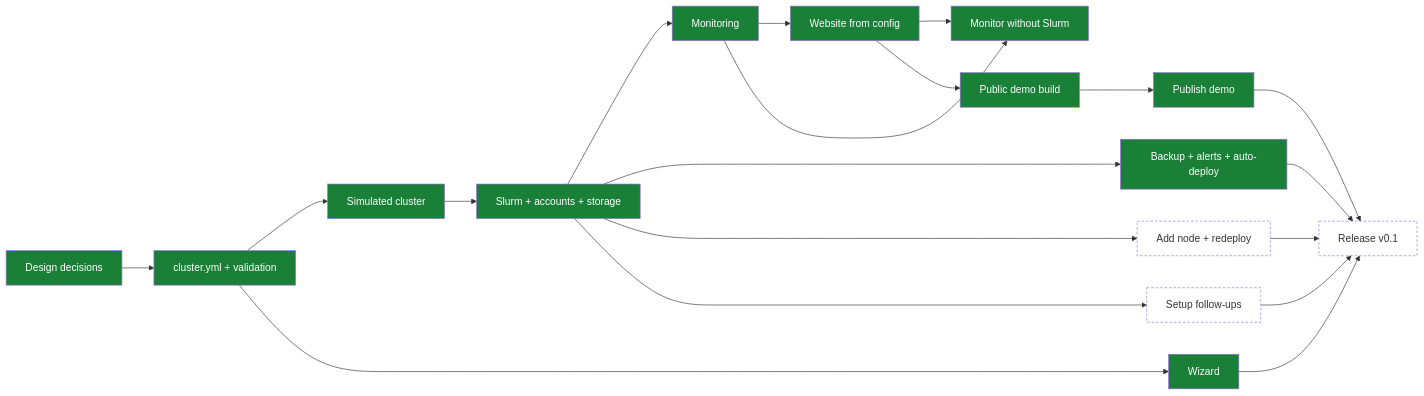
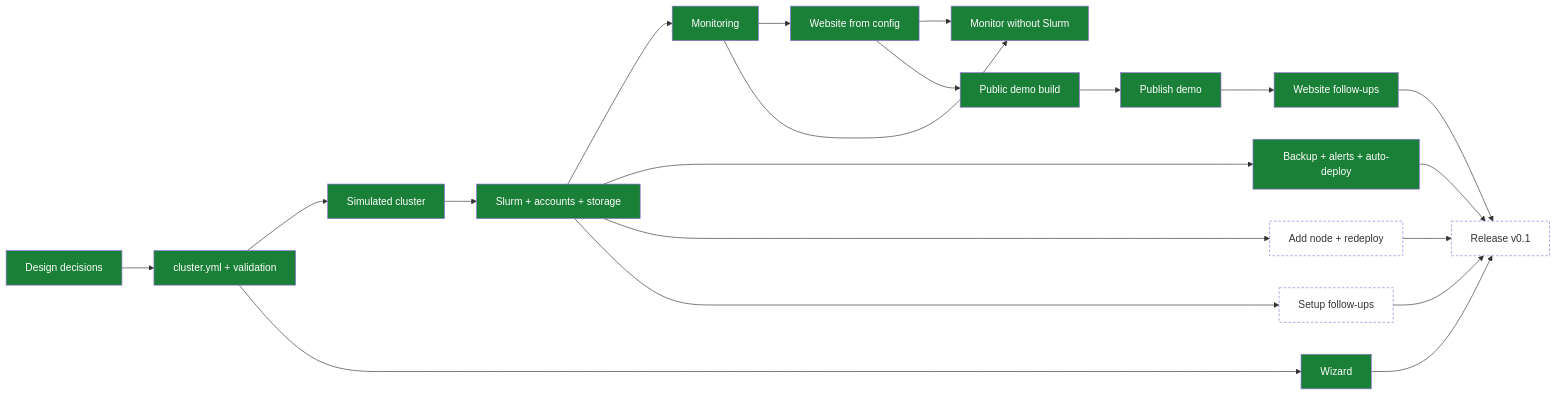
The diagram in TODO.md (enajx/nanoHPC), drawn with Mermaid before and after one commit. The commit also changed other lines of this file and 40 other files, not shown here.

````diff
--- a/TODO.md
+++ b/TODO.md
@@ -11,25 +11,26 @@
 ```mermaid
 flowchart LR
   classDef done fill:#1a7f37,color:#fff
   classDef wip fill:#d4a72c,color:#000
   classDef queued fill:none,stroke-dasharray:4 3
 
   D[Design decisions]:::done --> C[cluster.yml + validation]:::done
   C --> SIM[Simulated cluster]:::done
   SIM --> S[Slurm + accounts + storage]:::done
   S --> M[Monitoring]:::done
   M --> W[Website from config]:::done
   S --> BK[Backup + alerts + auto-deploy]:::done
   C --> WZ[Wizard]:::done
   M --> MO[Monitor without Slurm]:::done
   W --> MO
   S --> N[Add node + redeploy]:::queued
   W --> DEMO[Public demo build]:::done
   DEMO --> DP[Publish demo]:::done
-  DP --> R[Release v0.1]:::queued
+  DP --> WF[Website follow-ups]:::done
+  WF --> R[Release v0.1]:::queued
   BK --> R
   WZ --> R
   N --> R
   S --> F[Setup follow-ups]:::queued
   F --> R
 ```
````
